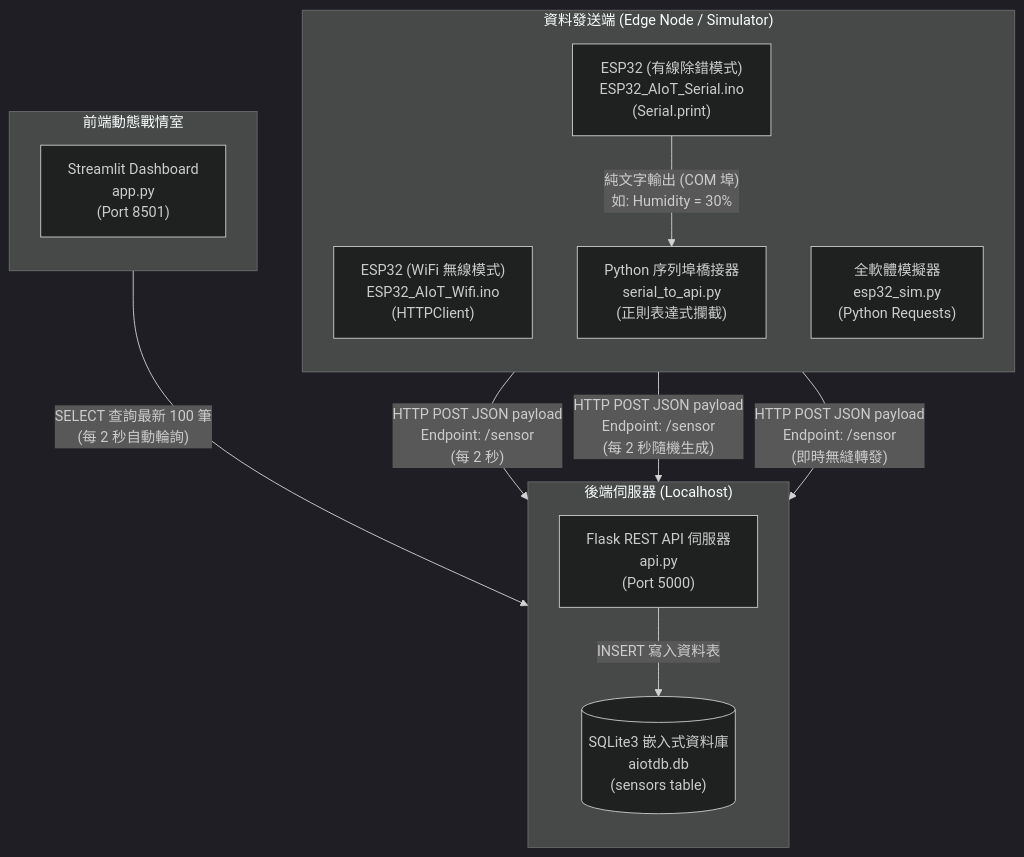
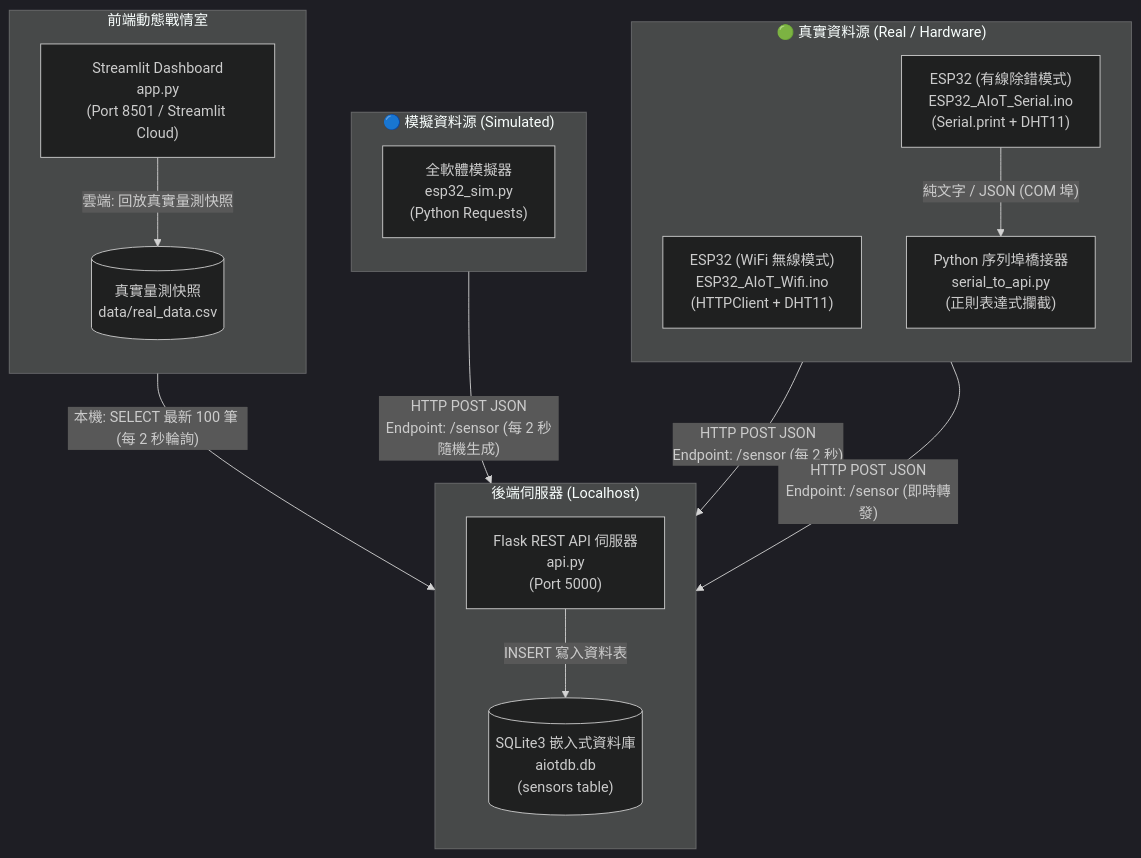
The diagram in AIoT_Project_Report.md (Williecraft/AIoT-HW1-DHT11), drawn with Mermaid (dark theme) before and after one commit. The commit also changed other lines of this file and 4 other files, not shown here.

First line of the commit message:
feat: 雙軌真實/模擬資料源、Streamlit Cloud 雲端部署與報告強化

````diff
--- a/AIoT_Project_Report.md
+++ b/AIoT_Project_Report.md
@@ -35,33 +61,39 @@
 ```mermaid
 flowchart TD
     %% Hardware & Simulators
-    subgraph Senders ["資料發送端 (Edge Node / Simulator)"]
+    subgraph Real ["🟢 真實資料源 (Real / Hardware)"]
         direction TB
-        A1["ESP32 (WiFi 無線模式)\nESP32_AIoT_Wifi.ino\n(HTTPClient)"]
-        A2["ESP32 (有線除錯模式)\nESP32_AIoT_Serial.ino\n(Serial.print)"]
+        A1["ESP32 (WiFi 無線模式)\nESP32_AIoT_Wifi.ino\n(HTTPClient + DHT11)"]
+        A2["ESP32 (有線除錯模式)\nESP32_AIoT_Serial.ino\n(Serial.print + DHT11)"]
+        Bridge["Python 序列埠橋接器\nserial_to_api.py\n(正則表達式攔截)"]
+    end
+
+    subgraph Sim ["🔵 模擬資料源 (Simulated)"]
+        direction TB
         A3["全軟體模擬器\nesp32_sim.py\n(Python Requests)"]
-        Bridge["Python 序列埠橋接器\nserial_to_api.py\n(正則表達式攔截)"]
     end
 
     %% Backend
     subgraph Backend ["後端伺服器 (Localhost)"]
         direction TB
         B["Flask REST API 伺服器\napi.py\n(Port 5000)"]
         C[("SQLite3 嵌入式資料庫\naiotdb.db\n(sensors table)")]
     end
 
     %% Frontend
     subgraph Frontend ["前端動態戰情室"]
         direction TB
-        D["Streamlit Dashboard\napp.py\n(Port 8501)"]
+        D["Streamlit Dashboard\napp.py\n(Port 8501 / Streamlit Cloud)"]
+        E[("真實量測快照\ndata/real_data.csv")]
     end
 
     %% Routing
-    A1 -- "HTTP POST JSON payload\nEndpoint: /sensor\n(每 2 秒)" --> B
-    A3 -- "HTTP POST JSON payload\nEndpoint: /sensor\n(每 2 秒隨機生成)" --> B
-    A2 -- "純文字輸出 (COM 埠)\n如: Humidity = 30%" --> Bridge
-    Bridge -- "HTTP POST JSON payload\nEndpoint: /sensor\n(即時無縫轉發)" --> B
+    A1 -- "HTTP POST JSON\nEndpoint: /sensor (每 2 秒)" --> B
+    A3 -- "HTTP POST JSON\nEndpoint: /sensor (每 2 秒隨機生成)" --> B
+    A2 -- "純文字 / JSON (COM 埠)" --> Bridge
+    Bridge -- "HTTP POST JSON\nEndpoint: /sensor (即時轉發)" --> B
 
     B -- "INSERT 寫入資料表" --> C
-    D -- "SELECT 查詢最新 100 筆\n(每 2 秒自動輪詢)" --> C
+    D -- "本機: SELECT 最新 100 筆 (每 2 秒輪詢)" --> C
+    D -- "雲端: 回放真實量測快照" --> E
 ```
````
